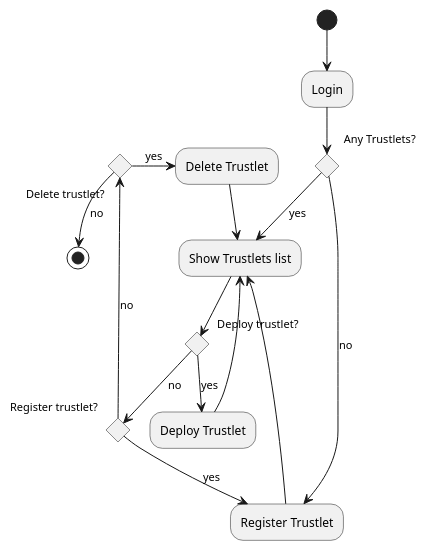
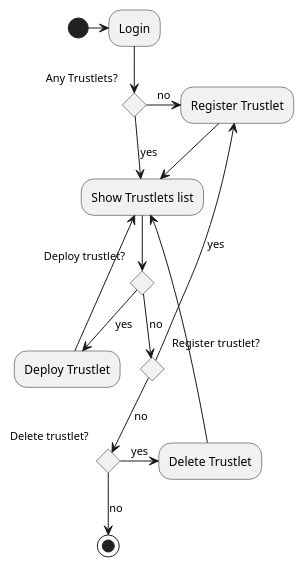
One commit to xemuliam/misc changed the diagram in Example1.pu. Above: the diagram before and after it, drawn with PlantUML.

```diff
--- a/Example1.pu
+++ b/Example1.pu
@@ -1,28 +1,28 @@
 @startuml
 
-(*) --> "Login"
+(*) -> "Login"
 
 if "Any Trustlets?" then
   -->[yes] "Show Trustlets list"
   if "Deploy trustlet?" then
     -->[yes] "Deploy Trustlet"
   else
     -->[no] if "Register trustlet?" then
       -->[yes] "Register Trustlet"
     else
       -->[no] if "Delete trustlet?" then
         ->[yes] "Delete Trustlet"
       else
         -->[no] (*)
       endif
     endif
   endif
 else
   ->[no] "Register Trustlet"
 endif
 
 "Register Trustlet" --> "Show Trustlets list"
 "Deploy Trustlet" --> "Show Trustlets list"
 "Delete Trustlet" --> "Show Trustlets list"
 
 @enduml
```
